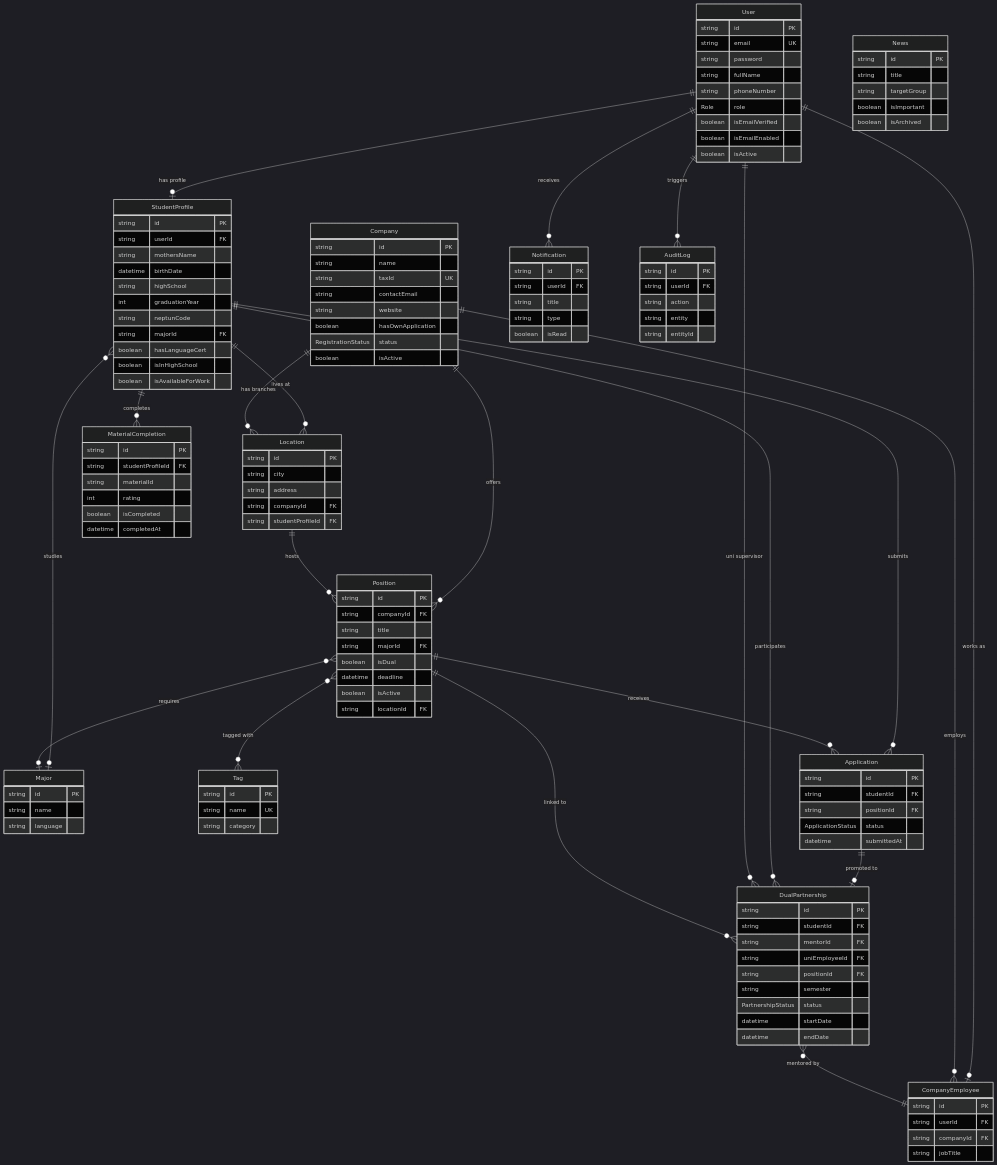
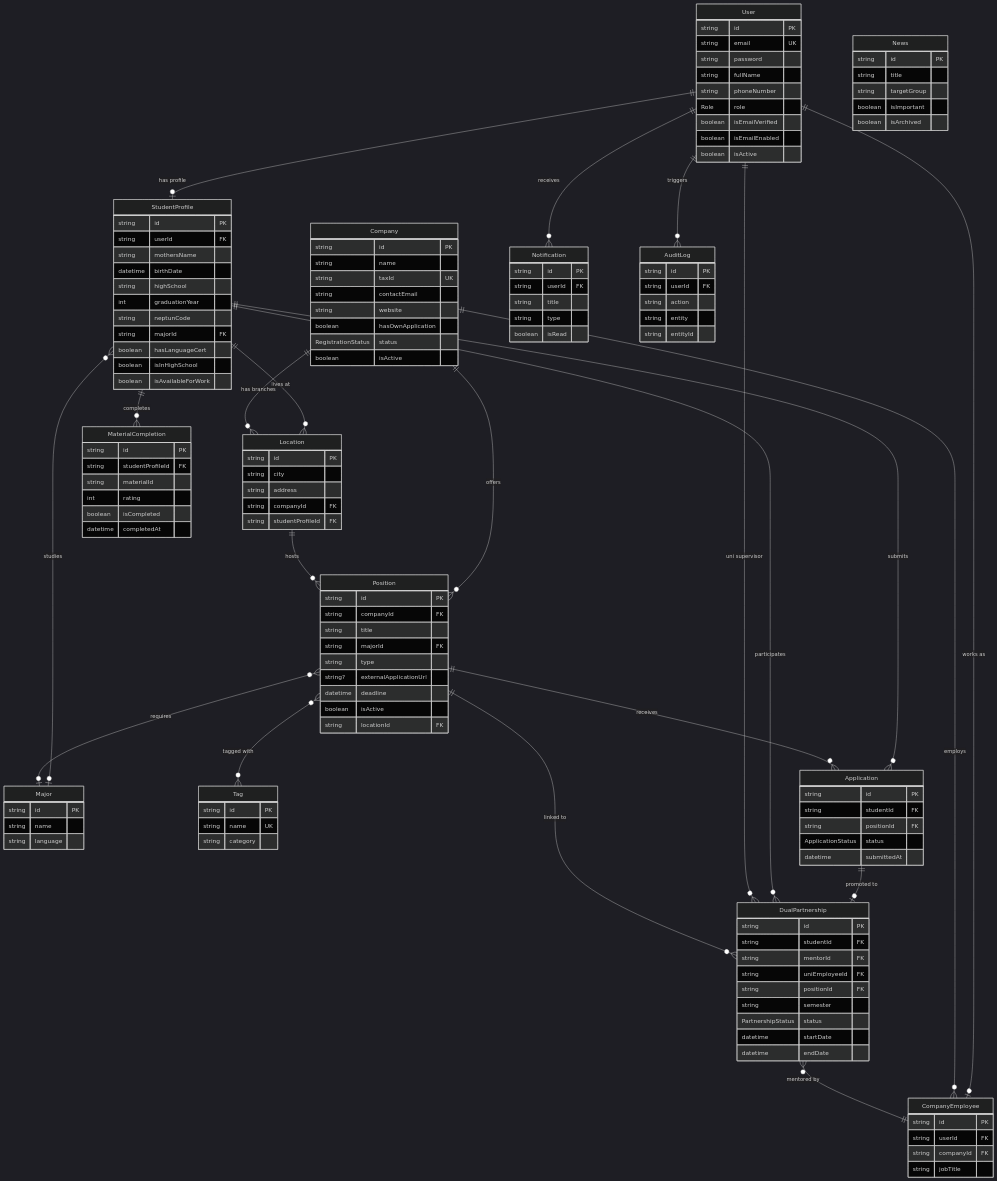
One commit to DrozsdikAdam/dual-kepzes-backend changed the first of 10 diagrams in README.md. Above: the diagram before and after it, drawn with Mermaid (dark theme). The commit also changed other lines of this file and 3 other files, not shown here.

```diff
--- a/README.md
+++ b/README.md
@@ -216,7 +216,8 @@
         string companyId FK
         string title
         string majorId FK
-        boolean isDual
+        string type
+        string? externalApplicationUrl
         datetime deadline
         boolean isActive
         string locationId FK
```
